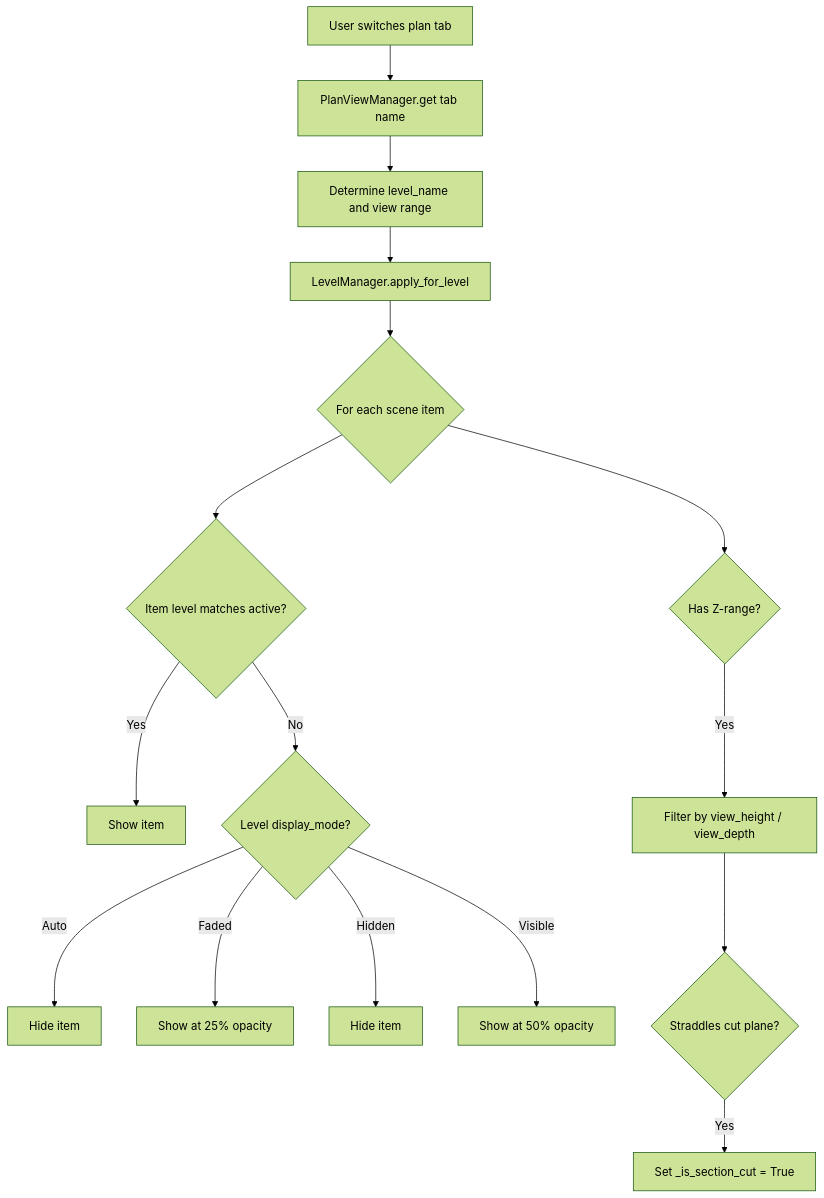
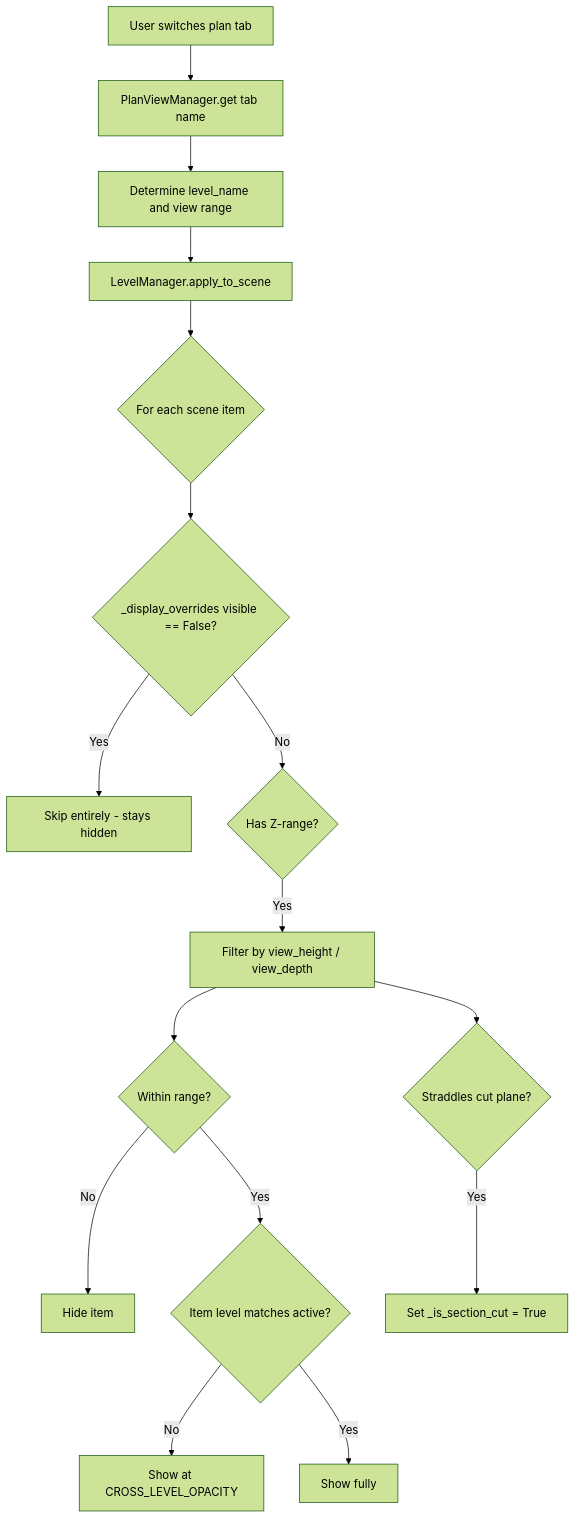
The diagram in docs/architecture/level-system.md (giannivulcano/FirePro-3D), drawn with Mermaid (forest theme) before and after one commit. The commit also changed other lines of this file and 18 other files, not shown here.

````diff
--- a/docs/architecture/level-system.md
+++ b/docs/architecture/level-system.md
@@ -63,18 +65,18 @@
 ```mermaid
 flowchart TD
     A[User switches plan tab] --> B[PlanViewManager.get tab name]
     B --> C[Determine level_name and view range]
-    C --> D[LevelManager.apply_for_level]
+    C --> D[LevelManager.apply_to_scene]
     D --> E{For each scene item}
-    E --> F{Item level matches active?}
-    F -->|Yes| G[Show item]
-    F -->|No| H{Level display_mode?}
-    H -->|Auto| I[Hide item]
-    H -->|Faded| J[Show at 25% opacity]
-    H -->|Hidden| K[Hide item]
-    H -->|Visible| L[Show at 50% opacity]
-    E --> M{Has Z-range?}
+    E --> F{_display_overrides visible == False?}
+    F -->|Yes| G[Skip entirely - stays hidden]
+    F -->|No| M{Has Z-range?}
     M -->|Yes| N[Filter by view_height / view_depth]
+    N --> Q{Within range?}
+    Q -->|No| R[Hide item]
+    Q -->|Yes| S{Item level matches active?}
+    S -->|No| T[Show at CROSS_LEVEL_OPACITY]
+    S -->|Yes| U[Show fully]
     N --> O{Straddles cut plane?}
     O -->|Yes| P[Set _is_section_cut = True]
 ```
````
